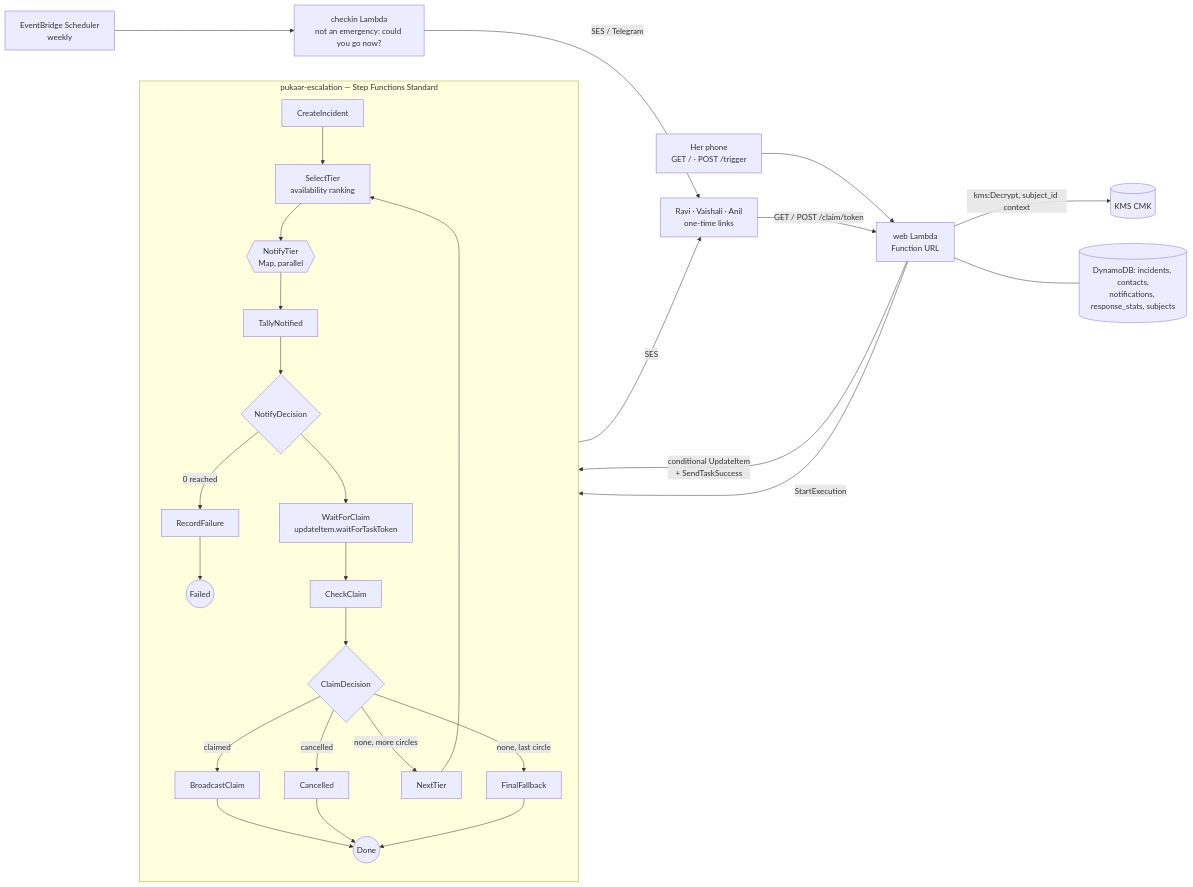
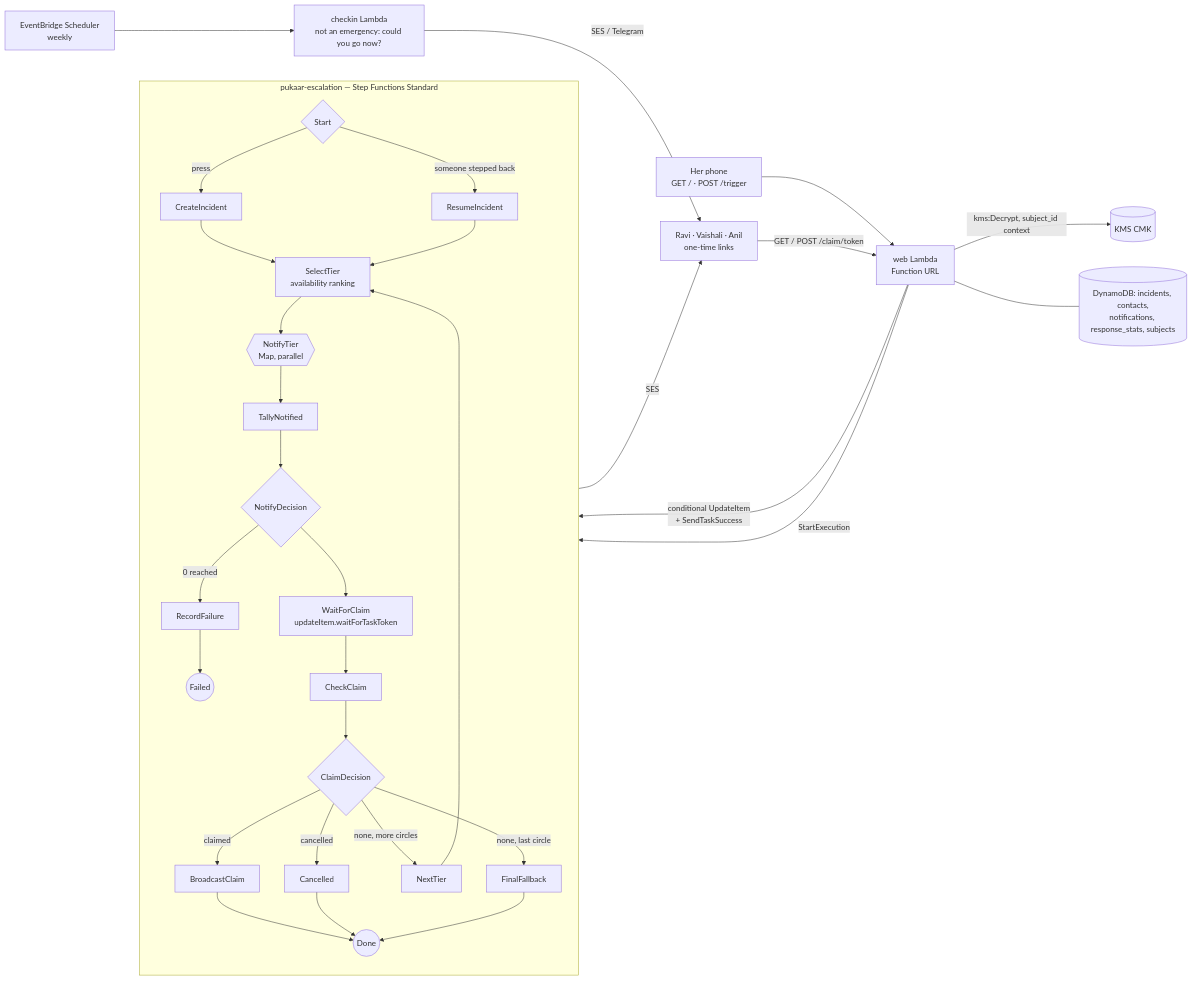
One commit to aryangorde6/pukaar changed the diagram in README.md. Above: the diagram before and after it, drawn with Mermaid. The commit also changed other lines of this file and 7 other files, not shown here.

````diff
--- a/README.md
+++ b/README.md
@@ -62,24 +63,25 @@
 ```mermaid
 flowchart LR
   P["Her phone<br/>GET /  ·  POST /trigger"] --> W[web Lambda<br/>Function URL]
   W -->|StartExecution| SM
   subgraph SM [pukaar-escalation — Step Functions Standard]
     direction TB
-    C[CreateIncident] --> S[SelectTier<br/>availability ranking]
+    ST{Start} -->|press| C[CreateIncident] --> S[SelectTier<br/>availability ranking]
+    ST -->|someone stepped back| RI[ResumeIncident] --> S
     S --> M{{NotifyTier<br/>Map, parallel}}
     M --> T[TallyNotified] --> D{NotifyDecision}
     D -->|0 reached| RF[RecordFailure] --> F((Failed))
     D --> WT[WaitForClaim<br/>updateItem.waitForTaskToken]
     WT --> CC[CheckClaim] --> CD{ClaimDecision}
     CD -->|claimed| B1[BroadcastClaim] --> DN((Done))
     CD -->|cancelled| B2[Cancelled] --> DN
     CD -->|none, more circles| NT[NextTier] --> S
     CD -->|none, last circle| B3[FinalFallback] --> DN
   end
   M -->|SES| R["Ravi · Vaishali · Anil<br/>one-time links"]
   R -->|GET / POST /claim/token| W
   W -->|conditional UpdateItem<br/>+ SendTaskSuccess| WT
   SCH[EventBridge Scheduler<br/>weekly] --> CK[checkin Lambda<br/>not an emergency: could you go now?] -->|SES / Telegram| R
   W -->|kms:Decrypt, subject_id context| K[(KMS CMK)]
   W --- DDB[(DynamoDB: incidents, contacts,<br/>notifications, response_stats, subjects)]
 ```
````
